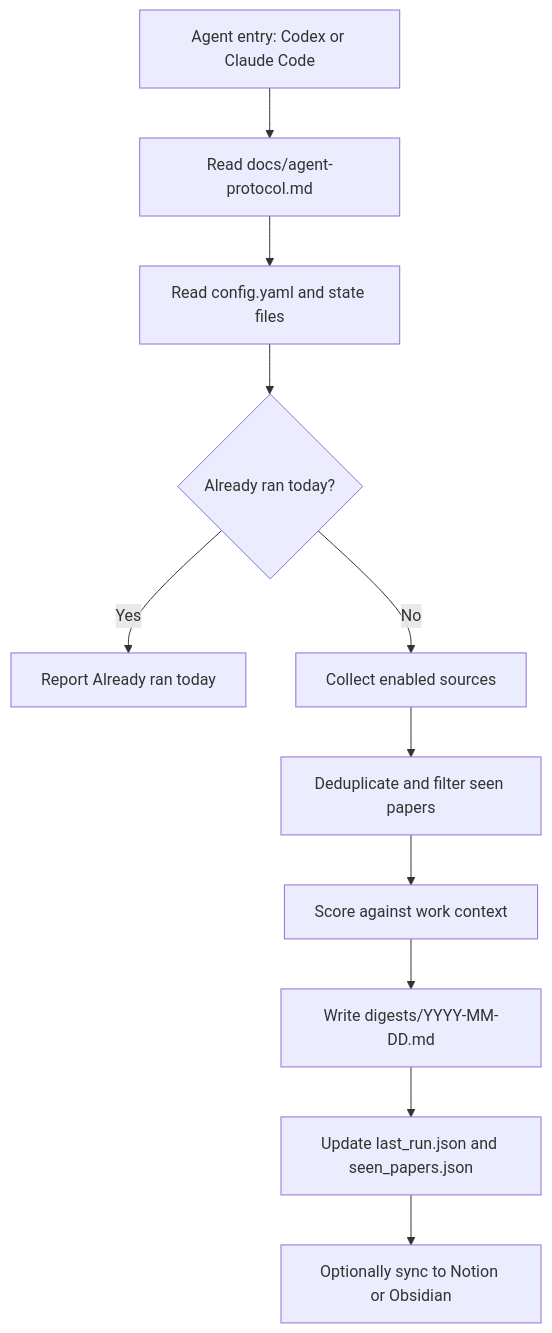
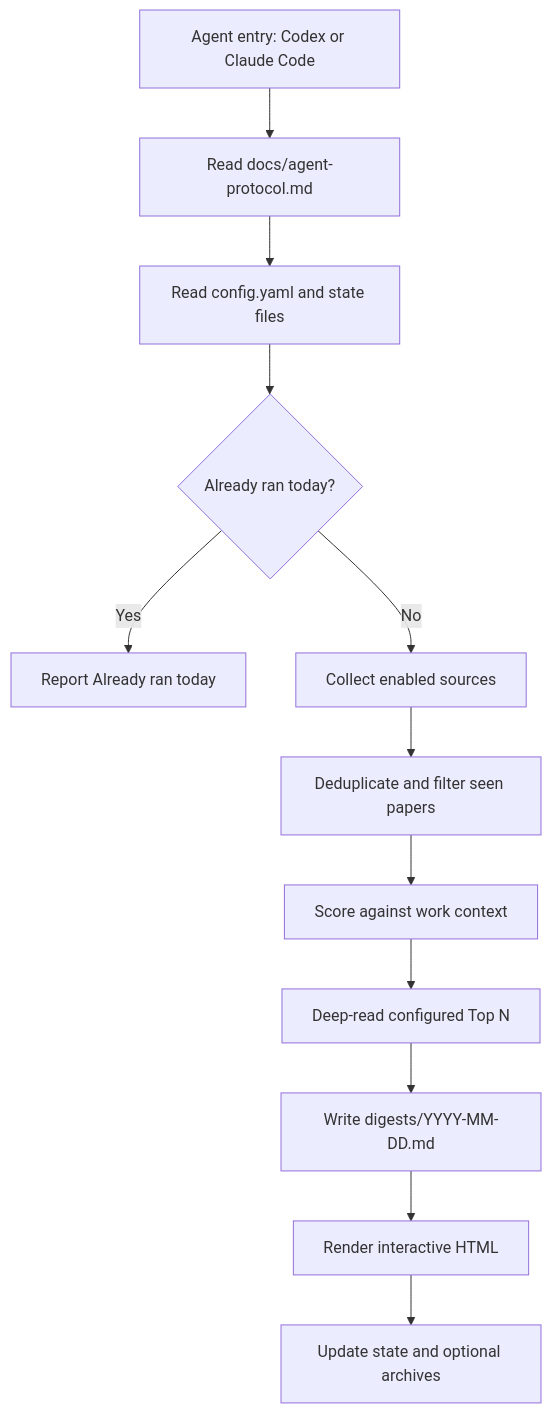
One commit to Sy1vainM/PaperPulse changed the diagram in README.md. Above: the diagram before and after it, drawn with Mermaid. The commit also changed other lines of this file and 9 other files, not shown here.

Commit message:
feat: add rich interactive HTML research reports

````diff
--- a/README.md
+++ b/README.md
@@ -54,13 +58,14 @@
 ```mermaid
 flowchart TD
     A["Agent entry: Codex or Claude Code"] --> B["Read docs/agent-protocol.md"]
     B --> C["Read config.yaml and state files"]
     C --> D{"Already ran today?"}
     D -- "Yes" --> E["Report Already ran today"]
     D -- "No" --> F["Collect enabled sources"]
     F --> G["Deduplicate and filter seen papers"]
     G --> H["Score against work context"]
-    H --> I["Write digests/YYYY-MM-DD.md"]
-    I --> J["Update last_run.json and seen_papers.json"]
-    J --> K["Optionally sync to Notion or Obsidian"]
+    H --> I["Deep-read configured Top N"]
+    I --> J["Write digests/YYYY-MM-DD.md"]
+    J --> K["Render interactive HTML"]
+    K --> L["Update state and optional archives"]
 ```
````
